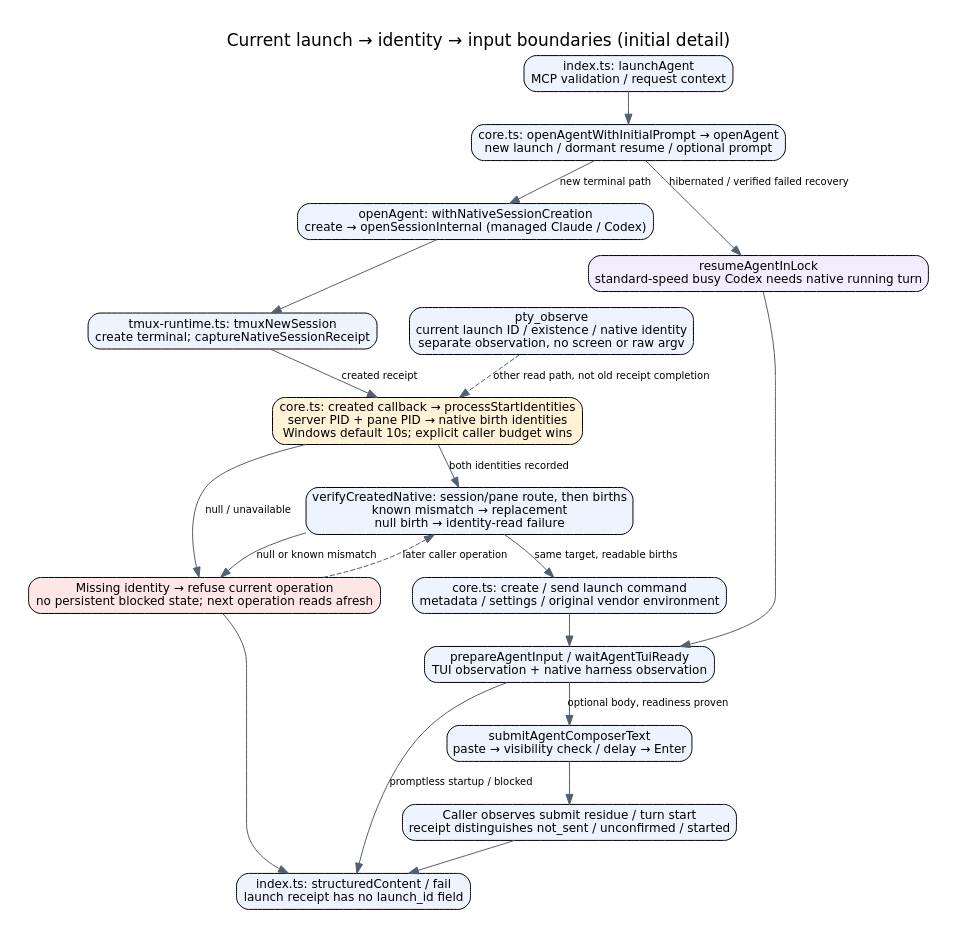
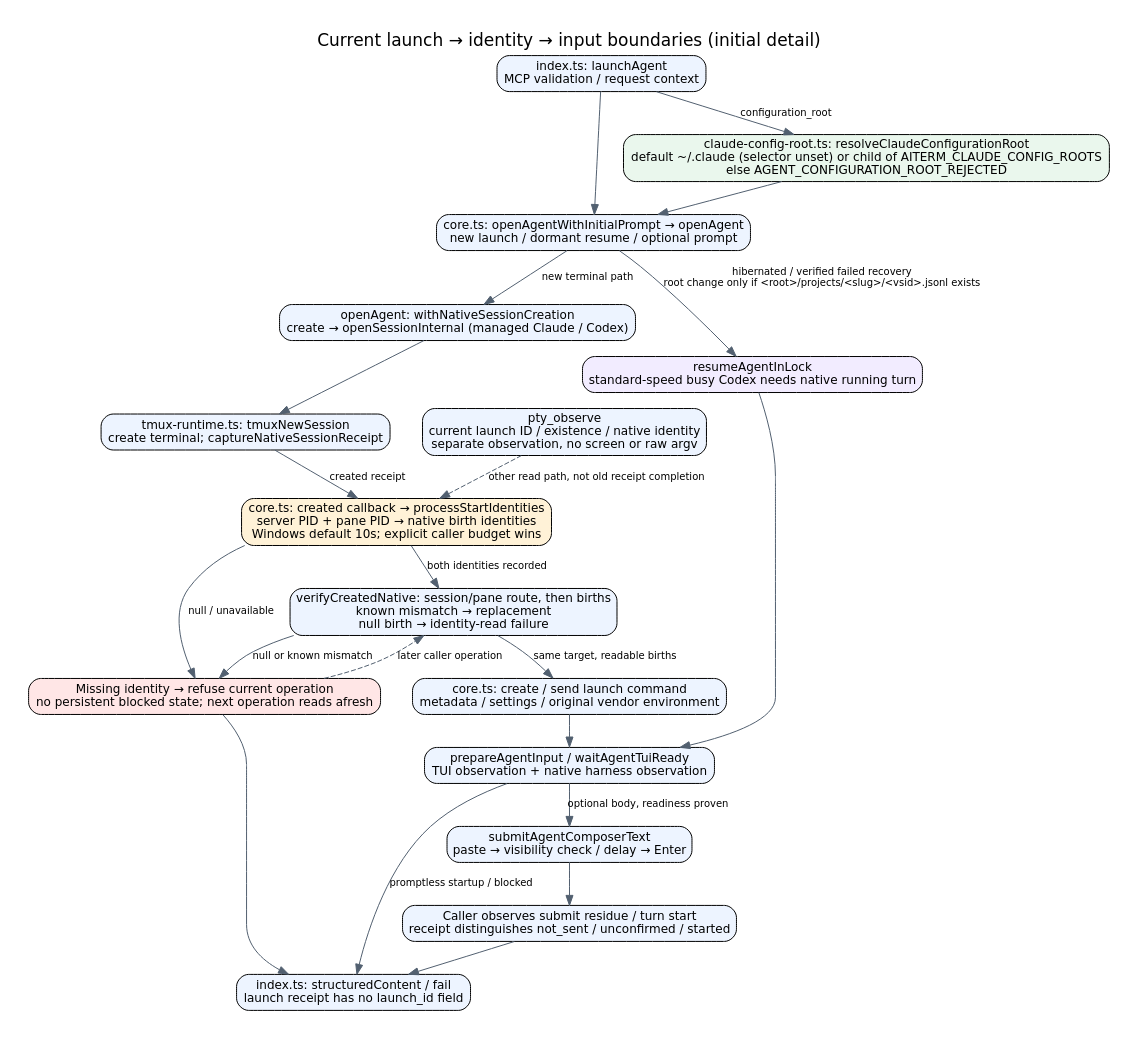
One commit to kitepon/aiterm-mcp changed the diagram in docs/architecture/launch-identity-input.dot. Above: the diagram before and after it, drawn with Graphviz. The commit also changed 17 other files, not shown here.

First line of the commit message:
Select Claude configuration roots per seat and hibernate seats on request

```diff
--- a/docs/architecture/launch-identity-input.dot
+++ b/docs/architecture/launch-identity-input.dot
@@ -1,30 +1,31 @@
 digraph launch {
  graph [rankdir=TB,bgcolor="white",pad=0.3,nodesep=0.45,ranksep=0.45,label="Current launch → identity → input boundaries (initial detail)",labelloc=t,fontname="DejaVu Sans",fontsize=17];
  node [shape=box,style="rounded,filled",fillcolor="#edf4ff",fontname="DejaVu Sans",fontsize=12];
  edge [fontname="DejaVu Sans",fontsize=10,color="#526070"];
  request [label="index.ts: launchAgent\nMCP validation / request context"];
+ root [label="claude-config-root.ts: resolveClaudeConfigurationRoot\ndefault ~/.claude (selector unset) or child of AITERM_CLAUDE_CONFIG_ROOTS\nelse AGENT_CONFIGURATION_ROOT_REJECTED",fillcolor="#eaf7ed"];
  entry [label="core.ts: openAgentWithInitialPrompt → openAgent\nnew launch / dormant resume / optional prompt"];
  create [label="openAgent: withNativeSessionCreation\ncreate → openSessionInternal (managed Claude / Codex)"];
  mux [label="tmux-runtime.ts: tmuxNewSession\ncreate terminal; captureNativeSessionReceipt"];
  identity [label="core.ts: created callback → processStartIdentities\nserver PID + pane PID → native birth identities\nWindows default 10s; explicit caller budget wins",fillcolor="#fff2d7"];
  verify [label="verifyCreatedNative: session/pane route, then births\nknown mismatch → replacement\nnull birth → identity-read failure"];
  fail [label="Missing identity → refuse current operation\nno persistent blocked state; next operation reads afresh",fillcolor="#ffe6e6"];
  launch [label="core.ts: create / send launch command\nmetadata / settings / original vendor environment"];
  ready [label="prepareAgentInput / waitAgentTuiReady\nTUI observation + native harness observation"];
  resume [label="resumeAgentInLock\nstandard-speed busy Codex needs native running turn",fillcolor="#f2ecff"];
  input [label="submitAgentComposerText\npaste → visibility check / delay → Enter"];
  after [label="Caller observes submit residue / turn start\nreceipt distinguishes not_sent / unconfirmed / started"];
  receipt [label="index.ts: structuredContent / fail\nlaunch receipt has no launch_id field"];
  observe [label="pty_observe\ncurrent launch ID / existence / native identity\nseparate observation, no screen or raw argv"];
- request -> entry;entry -> create [label="new terminal path"];entry -> resume [label="hibernated / verified failed recovery"];
+ request -> root [label="configuration_root"];root -> entry;request -> entry;entry -> create [label="new terminal path"];entry -> resume [label="hibernated / verified failed recovery\nroot change only if <root>/projects/<slug>/<vsid>.jsonl exists"];
  create -> mux;mux -> identity [label="created receipt"];
  identity -> fail [label="null / unavailable"];fail -> receipt;
  identity -> verify [label="both identities recorded"];
  verify -> launch [label="same target, readable births"];
  verify -> fail [label="null or known mismatch"];
  fail -> verify [label="later caller operation",style=dashed];
  launch -> ready;resume -> ready;ready -> input [label="optional body, readiness proven"];
  ready -> receipt [label="promptless startup / blocked"];
  input -> after;after -> receipt;
  observe -> identity [label="other read path, not old receipt completion",style=dashed];
 }
```
